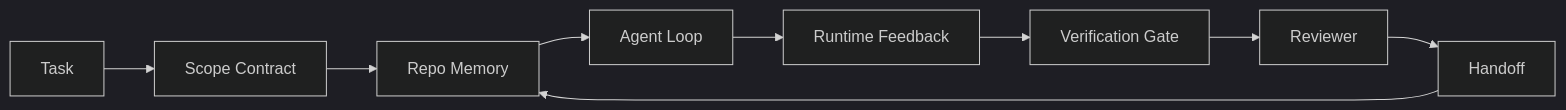
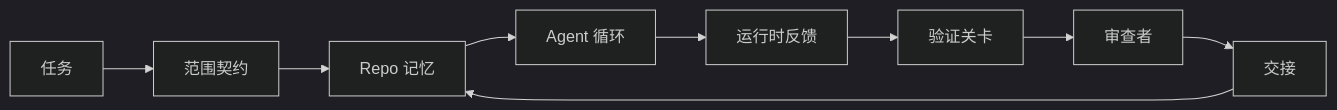
Before and after one commit to JerryC8080/ai-engineering-from-scratch-zh: the diagram in phases/14-agent-engineering/31-agent-workbench-why-models-fail/docs/zh.md, drawn with Mermaid (dark theme). The commit also changed 156 other files, not shown here.

First line of the commit message:
i18n(zh): translate mermaid diagram labels in 157 lesson zh.md

````diff
--- a/phases/14-agent-engineering/31-agent-workbench-why-models-fail/docs/zh.md
+++ b/phases/14-agent-engineering/31-agent-workbench-why-models-fail/docs/zh.md
@@ -43,11 +43,11 @@
 ```mermaid
 flowchart LR
-  Task[Task] --> Scope[Scope Contract]
-  Scope --> State[Repo Memory]
-  State --> Agent[Agent Loop]
-  Agent --> Feedback[Runtime Feedback]
-  Feedback --> Verify[Verification Gate]
-  Verify --> Review[Reviewer]
-  Review --> Handoff[Handoff]
+  Task[任务] --> Scope[范围契约]
+  Scope --> State[Repo 记忆]
+  State --> Agent[Agent 循环]
+  Agent --> Feedback[运行时反馈]
+  Feedback --> Verify[验证关卡]
+  Verify --> Review[审查者]
+  Review --> Handoff[交接]
   Handoff --> State
 ```
````
